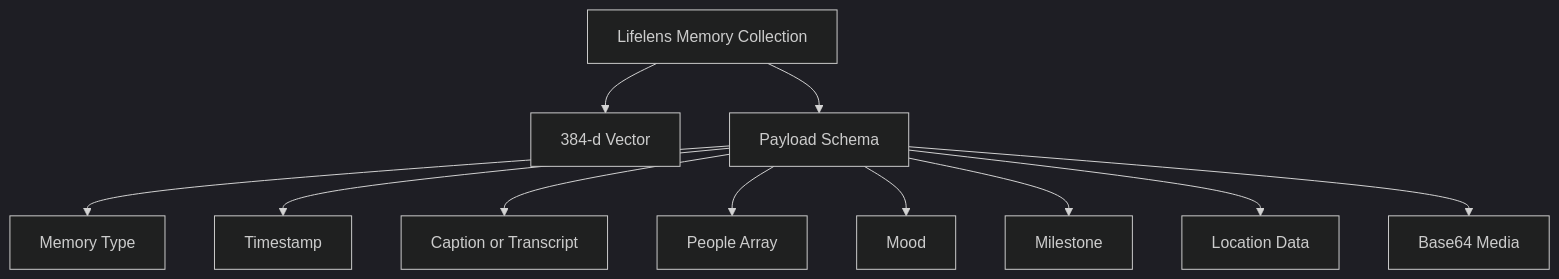
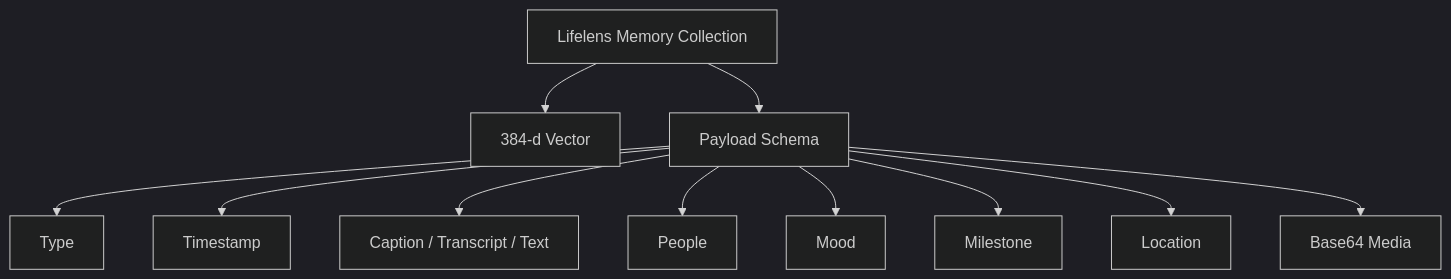
One commit to deepdas2607/LifeLens changed the third of 3 diagrams in README.md. Above: the diagram before and after it, drawn with Mermaid (dark theme). The commit also changed other lines of this file, not shown here.

````diff
--- a/README.md
+++ b/README.md
@@ -175,16 +182,16 @@
 ```mermaid
 flowchart TD
 
 COL[Lifelens Memory Collection] --> V[384-d Vector]
 
 COL --> P[Payload Schema]
 
-P --> T1[Memory Type]
+P --> T1[Type]
 P --> TS[Timestamp]
-P --> CAP[Caption or Transcript]
-P --> PPL[People Array]
+P --> CAP[Caption / Transcript / Text]
+P --> PPL[People]
 P --> MD[Mood]
 P --> MS[Milestone]
-P --> LOC[Location Data]
+P --> LOC[Location]
 P --> B64[Base64 Media]
 ```
````
